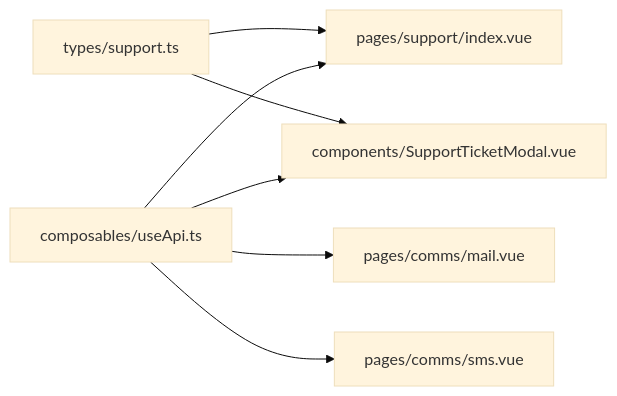
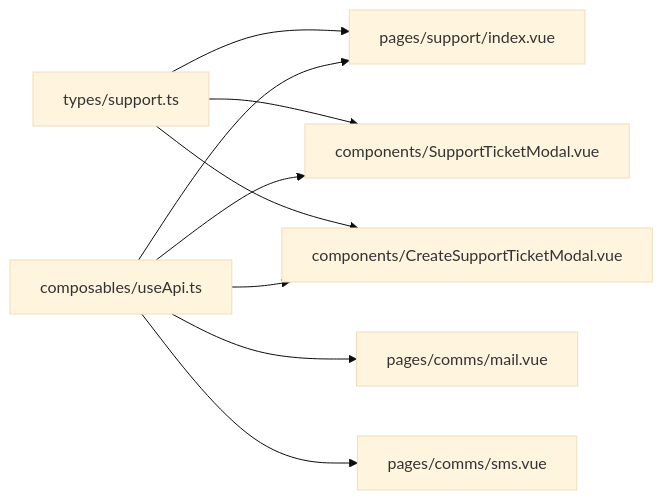
The tenth of 10 diagrams in .qoder/repowiki/en/content/Business Modules/Support & Communication.md (Lazynerd-Studios/lacarte-atlas-console), drawn with Mermaid (base theme) before and after one commit. The commit also changed other lines of this file and 23 other files, not shown here.

````diff
--- a/.qoder/repowiki/en/content/Business Modules/Support & Communication.md
+++ b/.qoder/repowiki/en/content/Business Modules/Support & Communication.md
@@ -350,9 +422,11 @@
 ```mermaid
 graph LR
 Types["types/support.ts"] --> SupportList["pages/support/index.vue"]
 Types --> SupportDetail["components/SupportTicketModal.vue"]
+Types --> CreateModal["components/CreateSupportTicketModal.vue"]
 UseApi["composables/useApi.ts"] --> SupportList
 UseApi --> SupportDetail
+UseApi --> CreateModal
 UseApi --> Mail["pages/comms/mail.vue"]
 UseApi --> Sms["pages/comms/sms.vue"]
 ```
````
